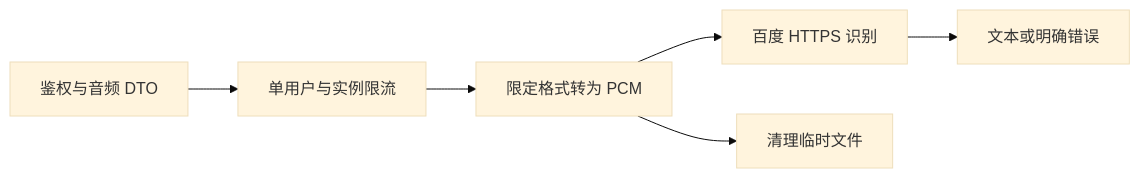
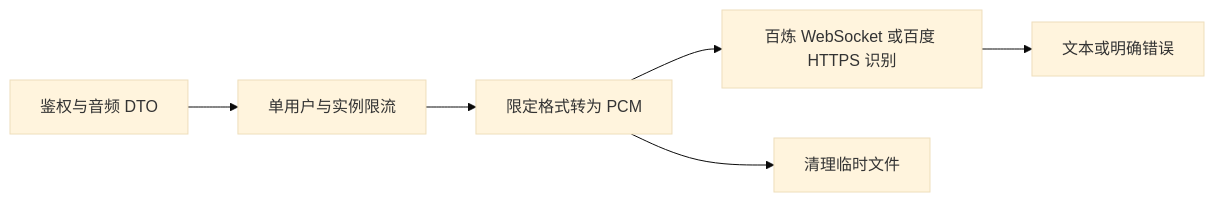
The third of 5 diagrams in apps/server/src/interview/Agent.md (KlayPeter/man-shi-mai), drawn with Mermaid (base theme) before and after one commit. The commit also changed other lines of this file and 24 other files, not shown here.

````diff
--- a/apps/server/src/interview/Agent.md
+++ b/apps/server/src/interview/Agent.md
@@ -123,8 +123,8 @@
 ```mermaid
 flowchart LR
     A[鉴权与音频 DTO] --> B[单用户与实例限流]
     B --> C[限定格式转为 PCM]
-    C --> D[百度 HTTPS 识别]
+    C --> D[百炼 WebSocket 或百度 HTTPS 识别]
     D --> E[文本或明确错误]
     C --> F[清理临时文件]
 ```
````
